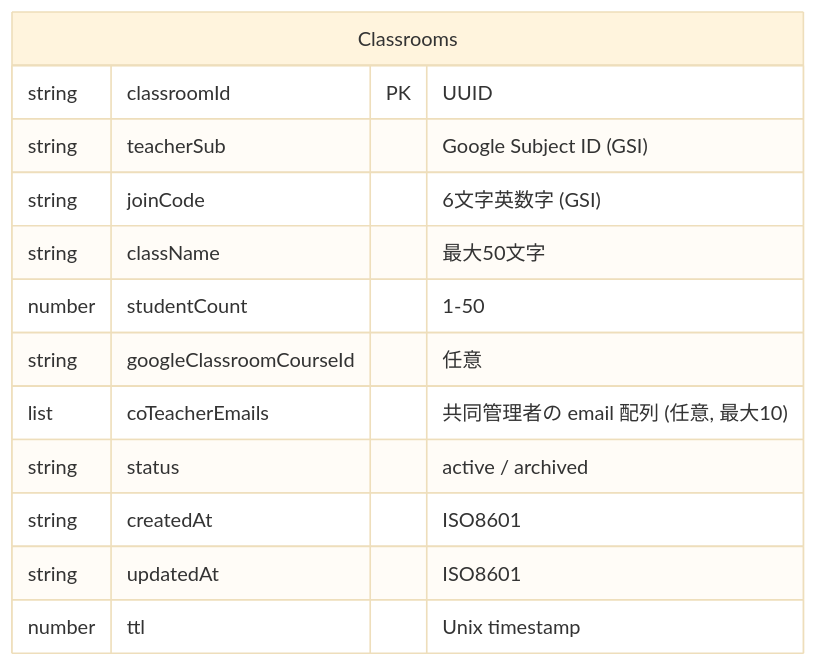
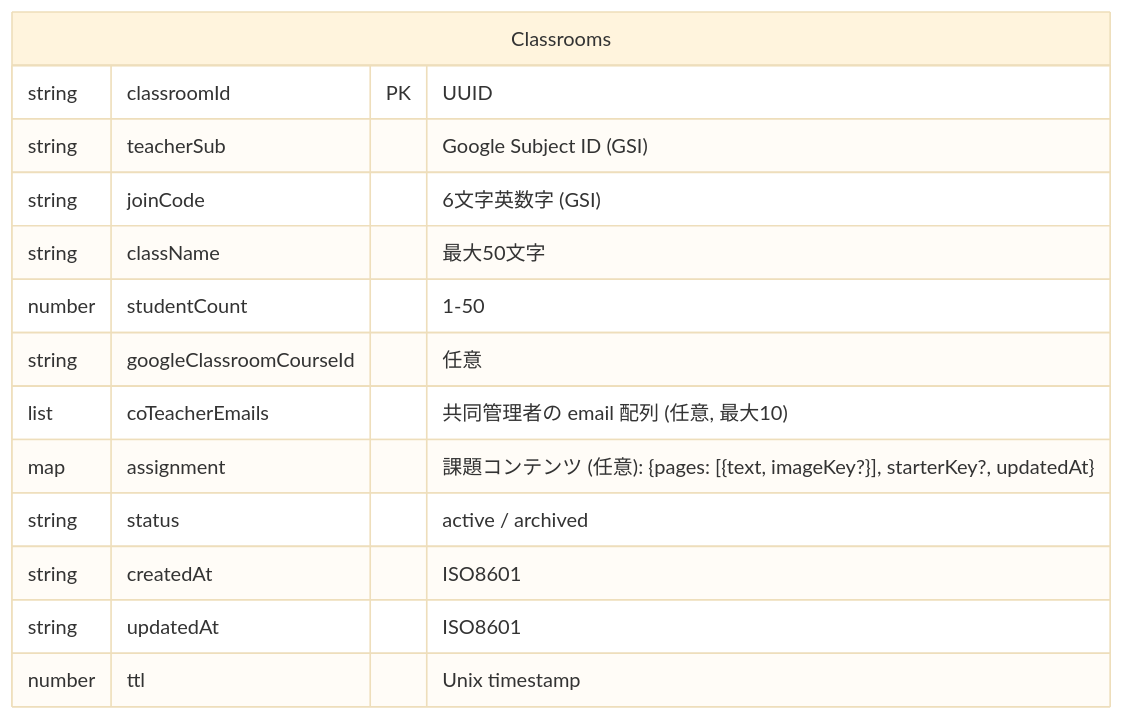
Before and after one commit to smalruby/smalruby3-editor: the third of 6 diagrams in docs/classroom/architecture.md, drawn with Mermaid (base theme). The commit also changed other lines of this file and 7 other files, not shown here.

````diff
--- a/docs/classroom/architecture.md
+++ b/docs/classroom/architecture.md
@@ -201,16 +203,17 @@
 ```mermaid
 erDiagram
     Classrooms {
         string classroomId PK "UUID"
         string teacherSub "Google Subject ID (GSI)"
         string joinCode "6文字英数字 (GSI)"
         string className "最大50文字"
         number studentCount "1-50"
         string googleClassroomCourseId "任意"
         list coTeacherEmails "共同管理者の email 配列 (任意, 最大10)"
+        map assignment "課題コンテンツ (任意): {pages: [{text, imageKey?}], starterKey?, updatedAt}"
         string status "active / archived"
         string createdAt "ISO8601"
         string updatedAt "ISO8601"
         number ttl "Unix timestamp"
     }
 ```
````
